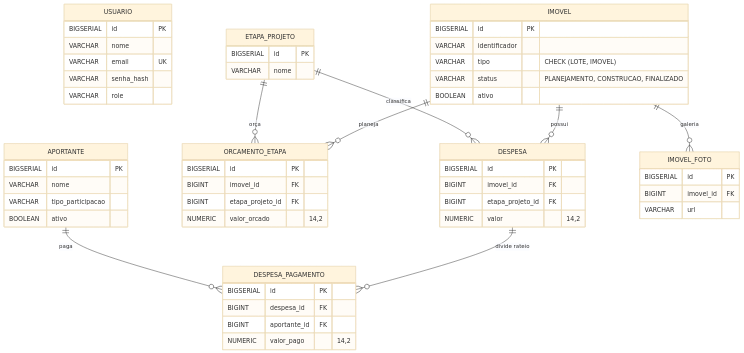
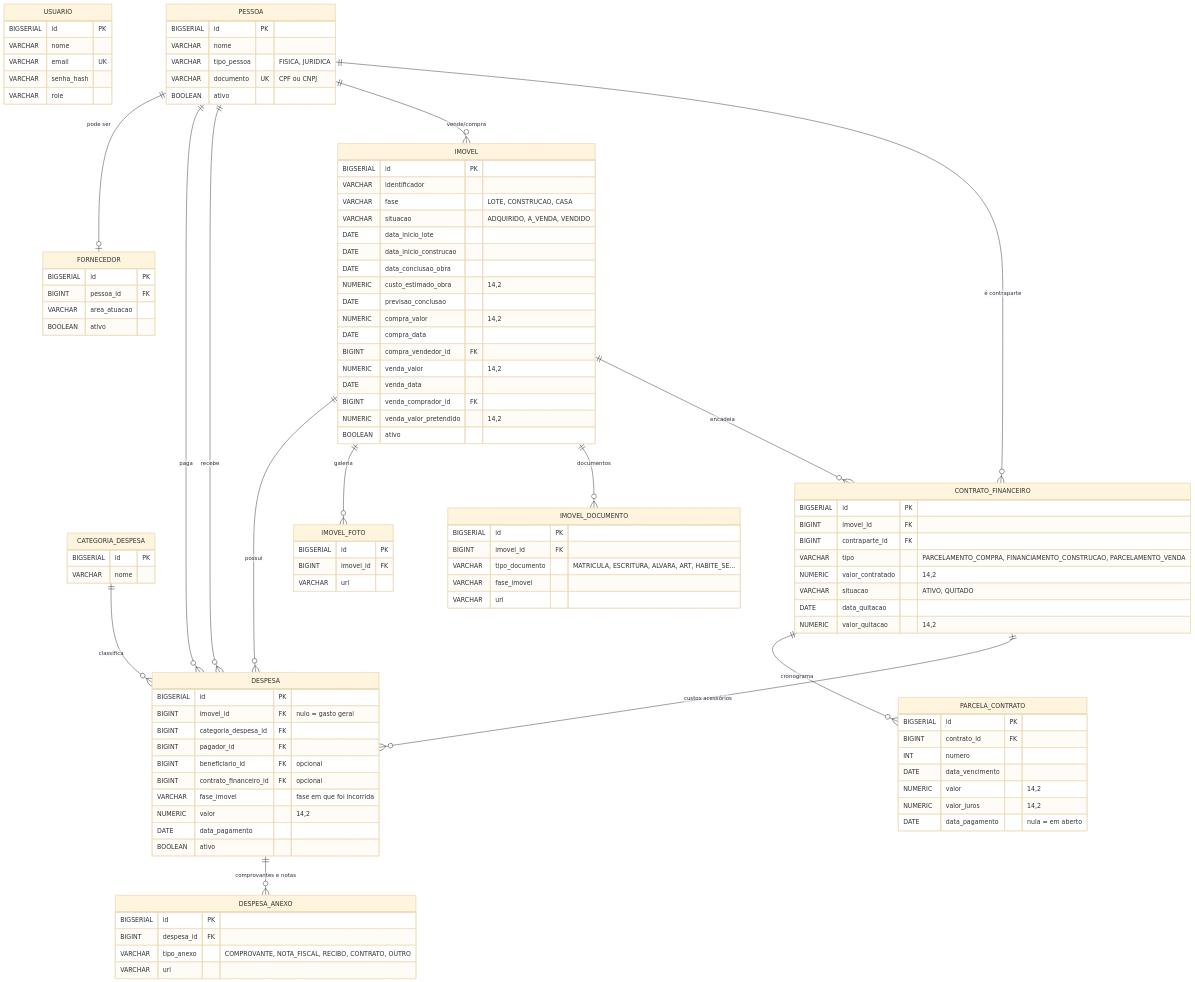
One commit to sergiogeneroso/gestao-custos-obras changed the diagram in docs/MODELO-DADOS.md. Above: the diagram before and after it, drawn with Mermaid (base theme). The commit also changed other lines of this file and 10 other files, not shown here.

````diff
--- a/docs/MODELO-DADOS.md
+++ b/docs/MODELO-DADOS.md
@@ -15,52 +18,103 @@
         VARCHAR senha_hash
         VARCHAR role
     }
+    PESSOA {
+        BIGSERIAL id PK
+        VARCHAR nome
+        VARCHAR tipo_pessoa "FISICA, JURIDICA"
+        VARCHAR documento UK "CPF ou CNPJ"
+        BOOLEAN ativo
+    }
+    FORNECEDOR {
+        BIGSERIAL id PK
+        BIGINT pessoa_id FK
+        VARCHAR area_atuacao
+        BOOLEAN ativo
+    }
     IMOVEL {
         BIGSERIAL id PK
         VARCHAR identificador
-        VARCHAR tipo "CHECK (LOTE, IMOVEL)"
-        VARCHAR status "PLANEJAMENTO, CONSTRUCAO, FINALIZADO"
+        VARCHAR fase "LOTE, CONSTRUCAO, CASA"
+        VARCHAR situacao "ADQUIRIDO, A_VENDA, VENDIDO"
+        DATE data_inicio_lote
+        DATE data_inicio_construcao
+        DATE data_conclusao_obra
+        NUMERIC custo_estimado_obra "14,2"
+        DATE previsao_conclusao
+        NUMERIC compra_valor "14,2"
+        DATE compra_data
+        BIGINT compra_vendedor_id FK
+        NUMERIC venda_valor "14,2"
+        DATE venda_data
+        BIGINT venda_comprador_id FK
+        NUMERIC venda_valor_pretendido "14,2"
         BOOLEAN ativo
     }
-    APORTANTE {
-        BIGSERIAL id PK
-        VARCHAR nome
-        VARCHAR tipo_participacao
-        BOOLEAN ativo
-    }
-    ETAPA_PROJETO {
+    CATEGORIA_DESPESA {
         BIGSERIAL id PK
         VARCHAR nome
     }
-    ORCAMENTO_ETAPA {
+    CONTRATO_FINANCEIRO {
         BIGSERIAL id PK
         BIGINT imovel_id FK
-        BIGINT etapa_projeto_id FK
-        NUMERIC valor_orcado "14,2"
+        BIGINT contraparte_id FK
+        VARCHAR tipo "PARCELAMENTO_COMPRA, FINANCIAMENTO_CONSTRUCAO, PARCELAMENTO_VENDA"
+        NUMERIC valor_contratado "14,2"
+        VARCHAR situacao "ATIVO, QUITADO"
+        DATE data_quitacao
+        NUMERIC valor_quitacao "14,2"
+    }
+    PARCELA_CONTRATO {
+        BIGSERIAL id PK
+        BIGINT contrato_id FK
+        INT numero
+        DATE data_vencimento
+        NUMERIC valor "14,2"
+        NUMERIC valor_juros "14,2"
+        DATE data_pagamento "nula = em aberto"
     }
     DESPESA {
         BIGSERIAL id PK
-        BIGINT imovel_id FK
-        BIGINT etapa_projeto_id FK
+        BIGINT imovel_id FK "nulo = gasto geral"
+        BIGINT categoria_despesa_id FK
+        BIGINT pagador_id FK
+        BIGINT beneficiario_id FK "opcional"
+        BIGINT contrato_financeiro_id FK "opcional"
+        VARCHAR fase_imovel "fase em que foi incorrida"
         NUMERIC valor "14,2"
+        DATE data_pagamento
+        BOOLEAN ativo
     }
-    DESPESA_PAGAMENTO {
+    DESPESA_ANEXO {
         BIGSERIAL id PK
         BIGINT despesa_id FK
-        BIGINT aportante_id FK
-        NUMERIC valor_pago "14,2"
+        VARCHAR tipo_anexo "COMPROVANTE, NOTA_FISCAL, RECIBO, CONTRATO, OUTRO"
+        VARCHAR url
     }
     IMOVEL_FOTO {
         BIGSERIAL id PK
         BIGINT imovel_id FK
         VARCHAR url
     }
+    IMOVEL_DOCUMENTO {
+        BIGSERIAL id PK
+        BIGINT imovel_id FK
+        VARCHAR tipo_documento "MATRICULA, ESCRITURA, ALVARA, ART, HABITE_SE..."
+        VARCHAR fase_imovel
+        VARCHAR url
+    }
 
+    PESSOA ||--o| FORNECEDOR : "pode ser"
+    PESSOA ||--o{ DESPESA : "paga"
+    PESSOA ||--o{ DESPESA : "recebe"
+    PESSOA ||--o{ IMOVEL : "vende/compra"
+    PESSOA ||--o{ CONTRATO_FINANCEIRO : "é contraparte"
     IMOVEL ||--o{ DESPESA : "possui"
     IMOVEL ||--o{ IMOVEL_FOTO : "galeria"
-    ETAPA_PROJETO ||--o{ DESPESA : "classifica"
-    IMOVEL ||--o{ ORCAMENTO_ETAPA : "planeja"
-    ETAPA_PROJETO ||--o{ ORCAMENTO_ETAPA : "orça"
-    DESPESA ||--o{ DESPESA_PAGAMENTO : "divide rateio"
-    APORTANTE ||--o{ DESPESA_PAGAMENTO : "paga"
+    IMOVEL ||--o{ IMOVEL_DOCUMENTO : "documentos"
+    IMOVEL ||--o{ CONTRATO_FINANCEIRO : "encadeia"
+    CONTRATO_FINANCEIRO ||--o{ PARCELA_CONTRATO : "cronograma"
+    CONTRATO_FINANCEIRO ||--o{ DESPESA : "custos acessórios"
+    CATEGORIA_DESPESA ||--o{ DESPESA : "classifica"
+    DESPESA ||--o{ DESPESA_ANEXO : "comprovantes e notas"
 ```
````
